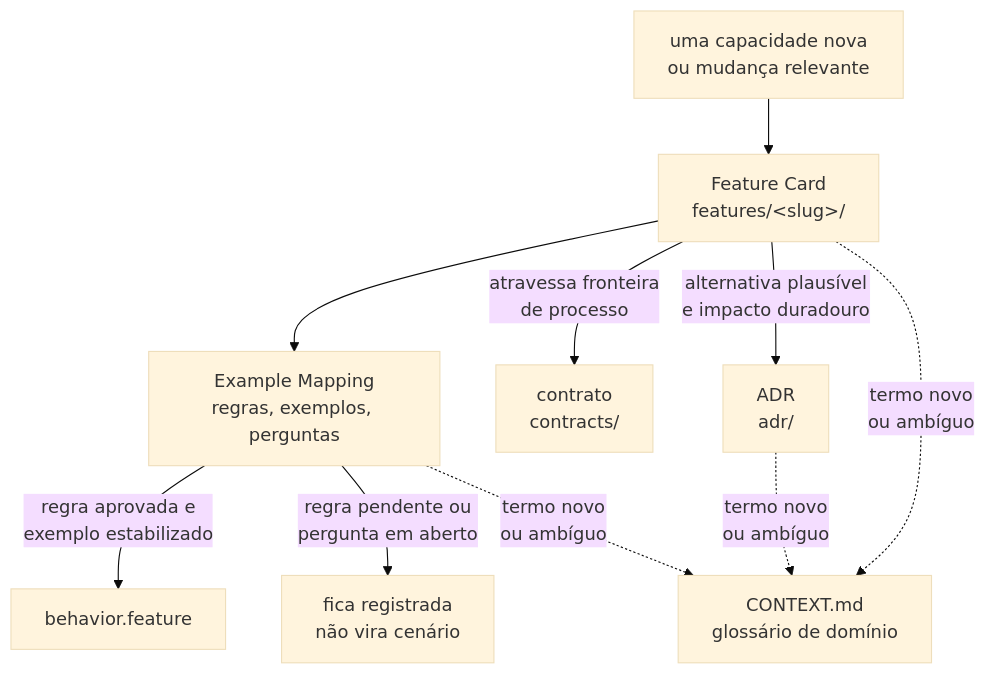
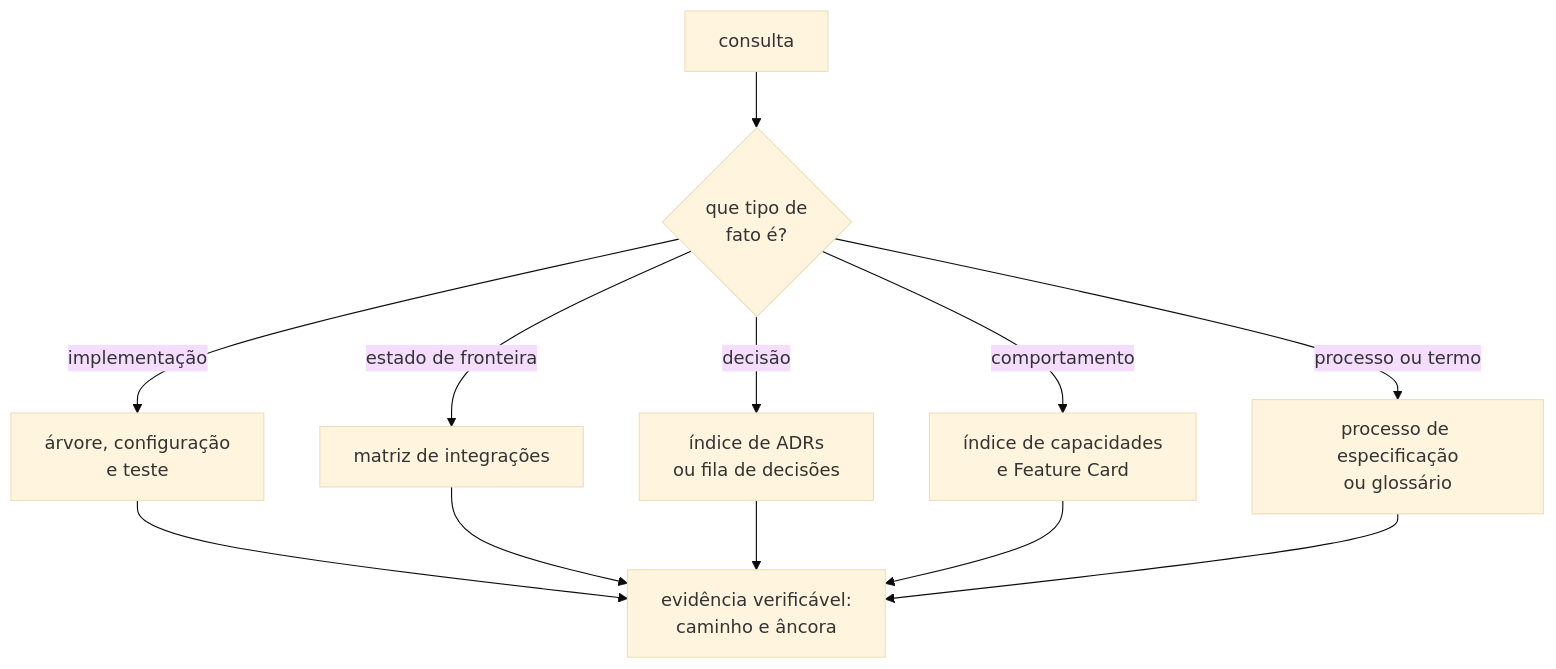
The diagram in docs/README.md (da0hn/distributed-systems-experiment-lab), drawn with Mermaid (base theme) before and after one commit. The commit also changed other lines of this file and 6 other files, not shown here.

````diff
--- a/docs/README.md
+++ b/docs/README.md
@@ -63,12 +41,14 @@
 ```mermaid
-flowchart TB
-    CAP["uma capacidade nova<br/>ou mudança relevante"] --> FC["Feature Card<br/>features/&lt;slug&gt;/"]
-    FC --> EM["Example Mapping<br/>regras, exemplos, perguntas"]
-    EM -->|" regra aprovada e<br/>exemplo estabilizado "| BDD["behavior.feature"]
-    EM -->|" regra pendente ou<br/>pergunta em aberto "| Q["fica registrada<br/>não vira cenário"]
-    FC -->|" atravessa fronteira<br/>de processo "| CT["contrato<br/>contracts/"]
-    FC -->|" alternativa plausível<br/>e impacto duradouro "| ADR["ADR<br/>adr/"]
-    FC -.->|" termo novo<br/>ou ambíguo "| CTX["CONTEXT.md<br/>glossário de domínio"]
-    EM -.->|" termo novo<br/>ou ambíguo "| CTX
-    ADR -.->|" termo novo<br/>ou ambíguo "| CTX
+flowchart TD
+    Q["consulta"] --> T{"que tipo de<br/>fato é?"}
+    T -->|" implementação "| E["árvore, configuração<br/>e teste"]
+    T -->|" estado de fronteira "| I["matriz de integrações"]
+    T -->|" decisão "| A["índice de ADRs<br/>ou fila de decisões"]
+    T -->|" comportamento "| F["índice de capacidades<br/>e Feature Card"]
+    T -->|" processo ou termo "| P["processo de especificação<br/>ou glossário"]
+    E --> V["evidência verificável:<br/>caminho e âncora"]
+    I --> V
+    A --> V
+    F --> V
+    P --> V
 ```
````
